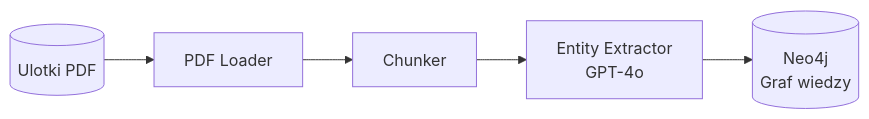
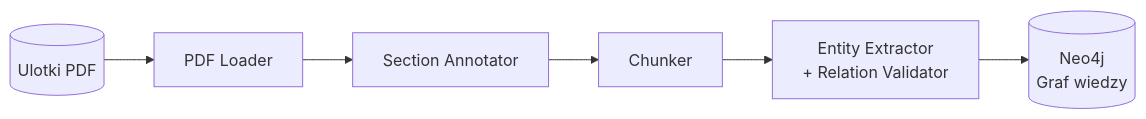
Before and after one commit to KrzysztofKroczynski/MedAi: the first of 4 diagrams in PDD.md, drawn with Mermaid. The commit also changed other lines of this file and 10 other files, not shown here.

````diff
--- a/PDD.md
+++ b/PDD.md
@@ -25,7 +25,8 @@
 ```mermaid
 flowchart LR
     PDF[("Ulotki PDF")] --> LOADER["PDF Loader"]
-    LOADER --> CHUNKER["Chunker"]
-    CHUNKER --> EXTRACT["Entity Extractor\nGPT-4o"]
+    LOADER --> ANNOT["Section Annotator"]
+    ANNOT --> CHUNKER["Chunker"]
+    CHUNKER --> EXTRACT["Entity Extractor\n+ Relation Validator"]
     EXTRACT --> NEO4J[("Neo4j\nGraf wiedzy")]
 ```
````
